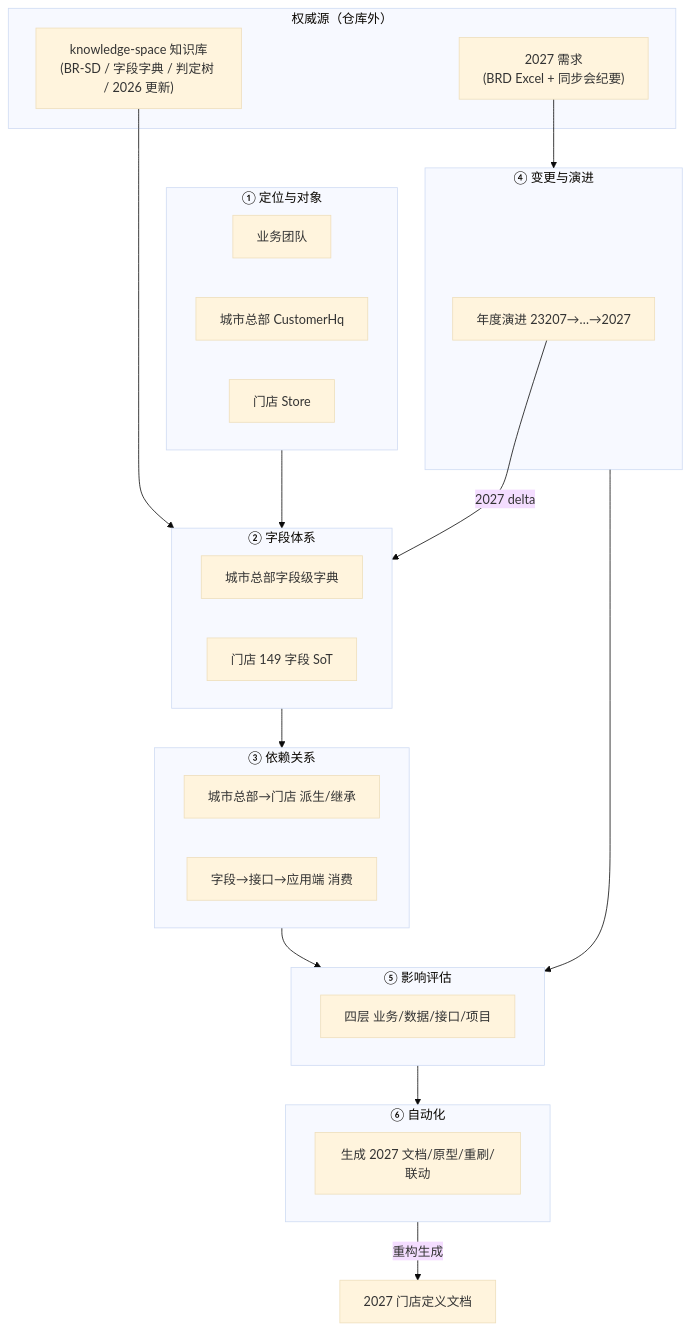
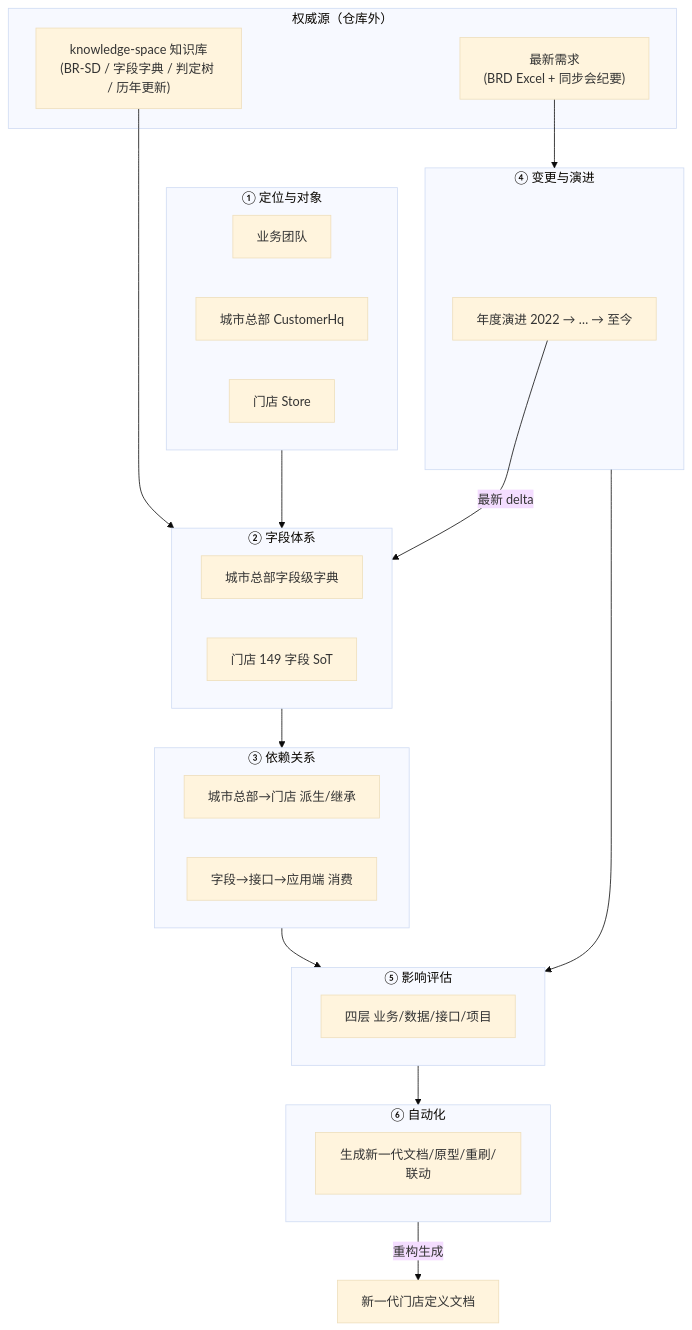
One commit to fairycmj000/store_defination_workflow changed the diagram in 业务知识全景/门店定义·全局纲领.md. Above: the diagram before and after it, drawn with Mermaid (base theme). The commit also changed other lines of this file and 7 other files, not shown here.

````diff
--- a/业务知识全景/门店定义·全局纲领.md
+++ b/业务知识全景/门店定义·全局纲领.md
@@ -18,35 +18,35 @@
 ```mermaid
 flowchart TB
   subgraph SRC["权威源（仓库外）"]
-    KS["knowledge-space 知识库<br/>(BR-SD / 字段字典 / 判定树 / 2026 更新)"]
-    R27["2027 需求<br/>(BRD Excel + 同步会纪要)"]
+    KS["knowledge-space 知识库<br/>(BR-SD / 字段字典 / 判定树 / 历年更新)"]
+    REQ["最新需求<br/>(BRD Excel + 同步会纪要)"]
   end
   subgraph OBJ["① 定位与对象"]
     TEAM["业务团队"]
     HQ["城市总部 CustomerHq"]
     STORE["门店 Store"]
   end
   subgraph FIELD["② 字段体系"]
     HQF["城市总部字段级字典"]
     SF["门店 149 字段 SoT"]
   end
   subgraph DEP["③ 依赖关系"]
     HQ2S["城市总部→门店 派生/继承"]
     F2A["字段→接口→应用端 消费"]
   end
   subgraph EVO["④ 变更与演进"]
-    YR["年度演进 23207→…→2027"]
+    YR["年度演进 2022 → … → 至今"]
   end
   subgraph IMP["⑤ 影响评估"]
     IMP4["四层 业务/数据/接口/项目"]
   end
   subgraph TOOL["⑥ 自动化"]
-    GEN["生成 2027 文档/原型/重刷/联动"]
+    GEN["生成新一代文档/原型/重刷/联动"]
   end
   KS --> FIELD
-  R27 --> EVO
+  REQ --> EVO
   OBJ --> FIELD --> DEP --> IMP --> TOOL
   EVO --> IMP
-  YR -->|"2027 delta"| FIELD
-  TOOL -->|"重构生成"| OUT["2027 门店定义文档"]
+  YR -->|"最新 delta"| FIELD
+  TOOL -->|"重构生成"| OUT["新一代门店定义文档"]
 ```
````
